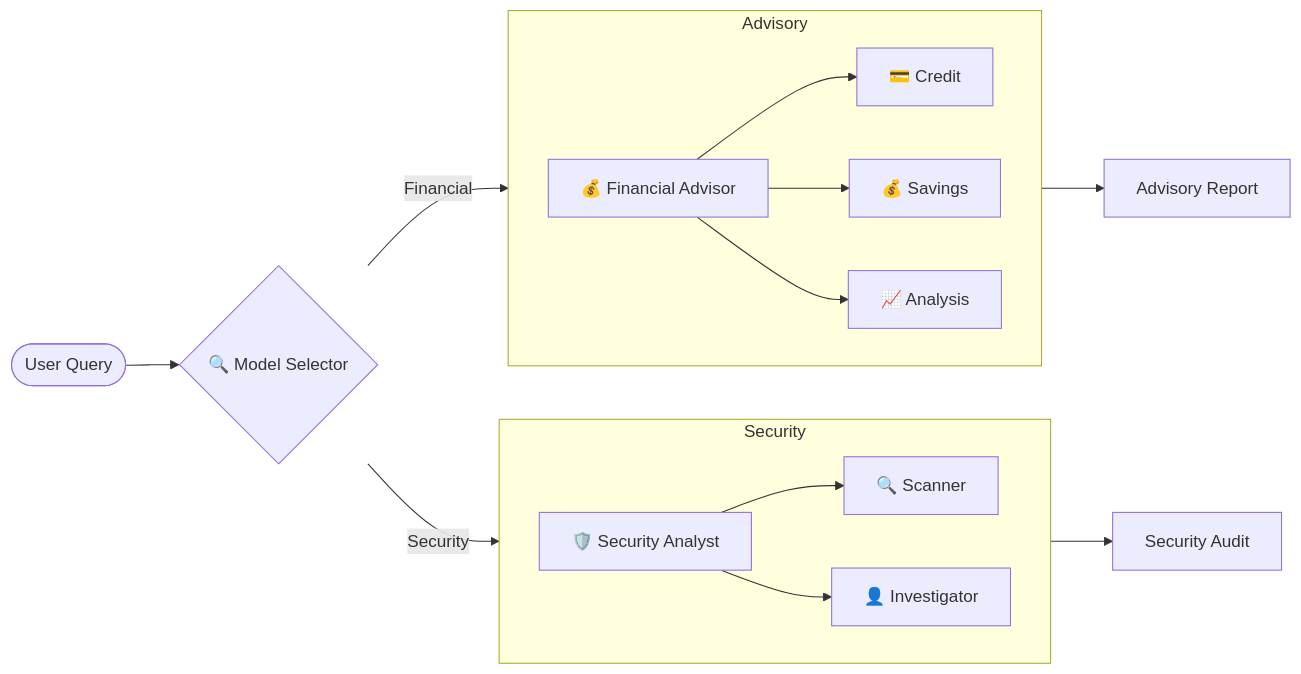
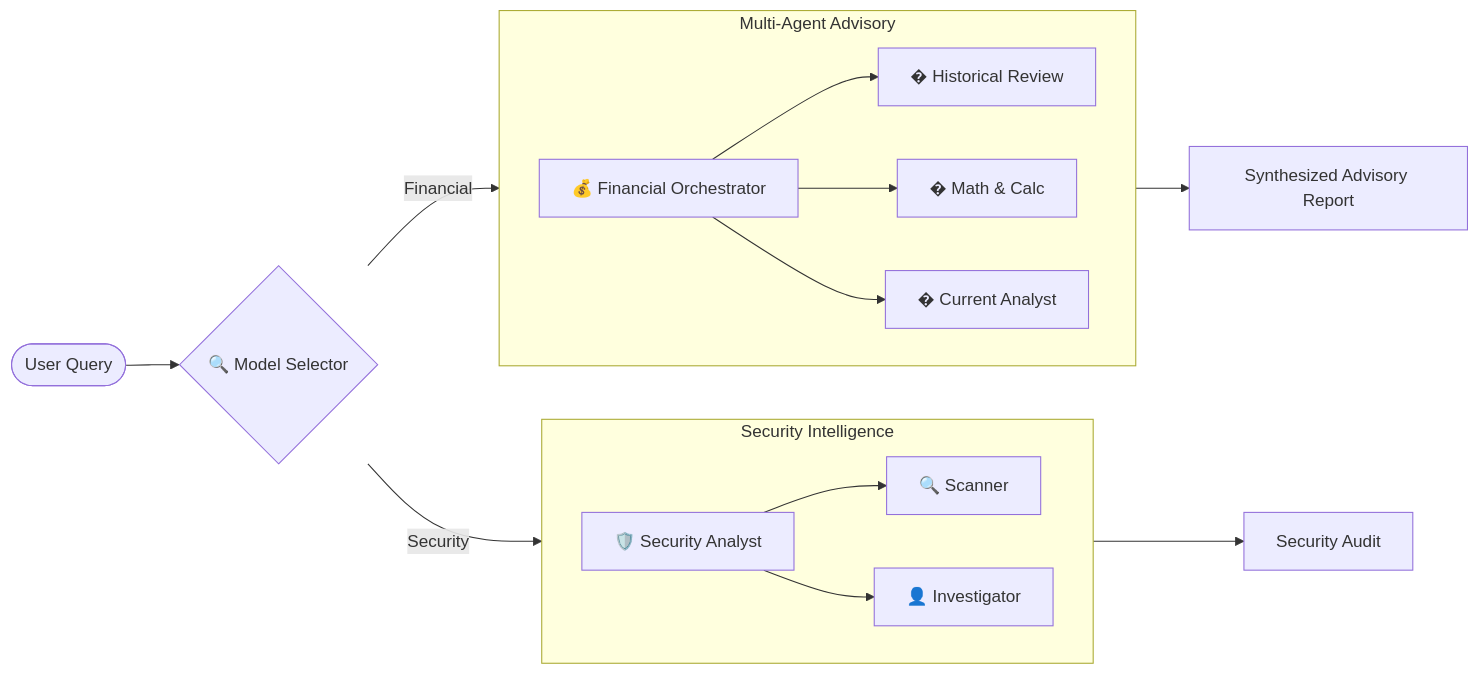
One commit to ladkrutarth/MultiAgentSecurityShield- changed the second of 5 diagrams in README.md. Above: the diagram before and after it, drawn with Mermaid. The commit also changed other lines of this file, not shown here.

Commit message:
Docs: Update AI Brain architecture to reflect multi-agent orchestration

````diff
--- a/README.md
+++ b/README.md
@@ -118,23 +118,23 @@
 ```mermaid
 graph LR
     User([User Query]) --> ModelSelector{🔍 Model Selector}
     
     ModelSelector -->|Security| SecAnalyst[🛡️ Security Analyst]
-    ModelSelector -->|Financial| FinAdvisor[💰 Financial Advisor]
+    ModelSelector -->|Financial| FinOrchestrator[💰 Financial Orchestrator]
 
-    subgraph Security_Domain [Security]
+    subgraph Security_Domain [Security Intelligence]
         direction LR
         SecAnalyst --> Scanner[🔍 Scanner]
         SecAnalyst --> Profile[👤 Investigator]
     end
 
-    subgraph Financial_Domain [Advisory]
+    subgraph Financial_Domain [Multi-Agent Advisory]
         direction LR
-        FinAdvisor --> Credit[💳 Credit]
-        FinAdvisor --> Savings[💰 Savings]
-        FinAdvisor --> Analysis[📈 Analysis]
+        FinOrchestrator --> HistAgent[� Historical Review]
+        FinOrchestrator --> CalcAgent[� Math & Calc]
+        FinOrchestrator --> CurrAgent[� Current Analyst]
     end
 
     Security_Domain --> Report[Security Audit]
-    Financial_Domain --> Report2[Advisory Report]
+    Financial_Domain --> Report2[Synthesized Advisory Report]
 ```
````
